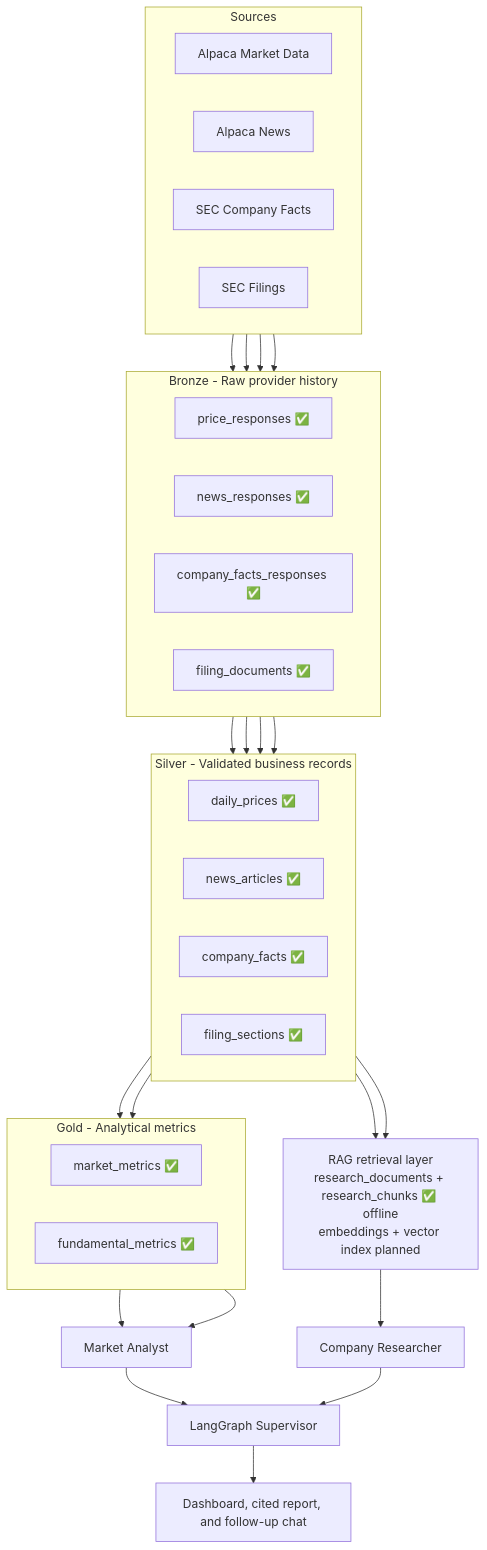
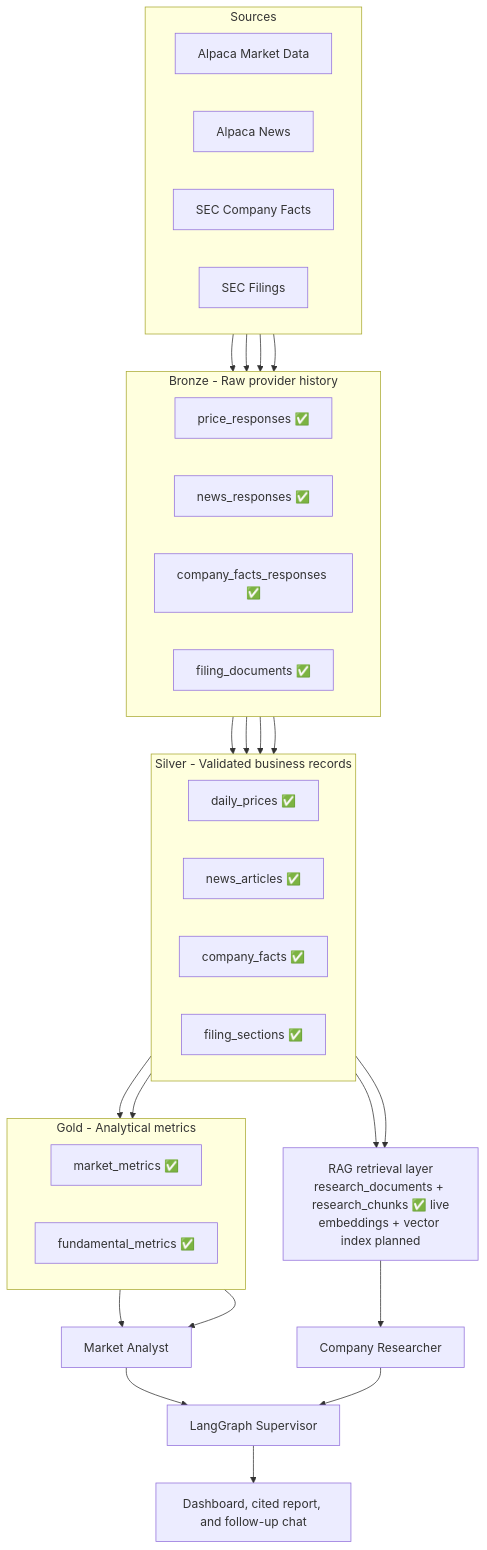
One commit to maghdam/multi-agent-equity-research-system-on-databricks changed the diagram in README.md. Above: the diagram before and after it, drawn with Mermaid. The commit also changed other lines of this file and 6 other files, not shown here.

Commit message:
feat: persist live RAG research corpus

````diff
--- a/README.md
+++ b/README.md
@@ -45,46 +45,46 @@
 ```mermaid
 flowchart TB
     subgraph SRC["Sources"]
         direction LR
         A1["Alpaca Market Data"]
         A2["Alpaca News"]
         E1["SEC Company Facts"]
         E2["SEC Filings"]
     end
 
     subgraph B["Bronze - Raw provider history"]
         direction LR
         B1["price_responses ✅"]
         B2["news_responses ✅"]
         B3["company_facts_responses ✅"]
         B4["filing_documents ✅"]
     end
 
     subgraph S["Silver - Validated business records"]
         direction LR
         S1["daily_prices ✅"]
         S2["news_articles ✅"]
         S3["company_facts ✅"]
         S4["filing_sections ✅"]
     end
 
     subgraph G["Gold - Analytical metrics"]
         direction LR
         G1["market_metrics ✅"]
         G2["fundamental_metrics ✅"]
     end
 
-    R["RAG retrieval layer<br/>research_documents + research_chunks ✅ offline<br/>embeddings + vector index planned"]
+    R["RAG retrieval layer<br/>research_documents + research_chunks ✅ live<br/>embeddings + vector index planned"]
 
     A1 --> B1 --> S1 --> G1
     A2 --> B2 --> S2 --> R
     E1 --> B3 --> S3 --> G2
     E2 --> B4 --> S4 --> R
 
     G1 --> M["Market Analyst"]
     G2 --> M
     R --> C["Company Researcher"]
     M --> P["LangGraph Supervisor"]
     C --> P
     P --> U["Dashboard, cited report, and follow-up chat"]
 ```
````
